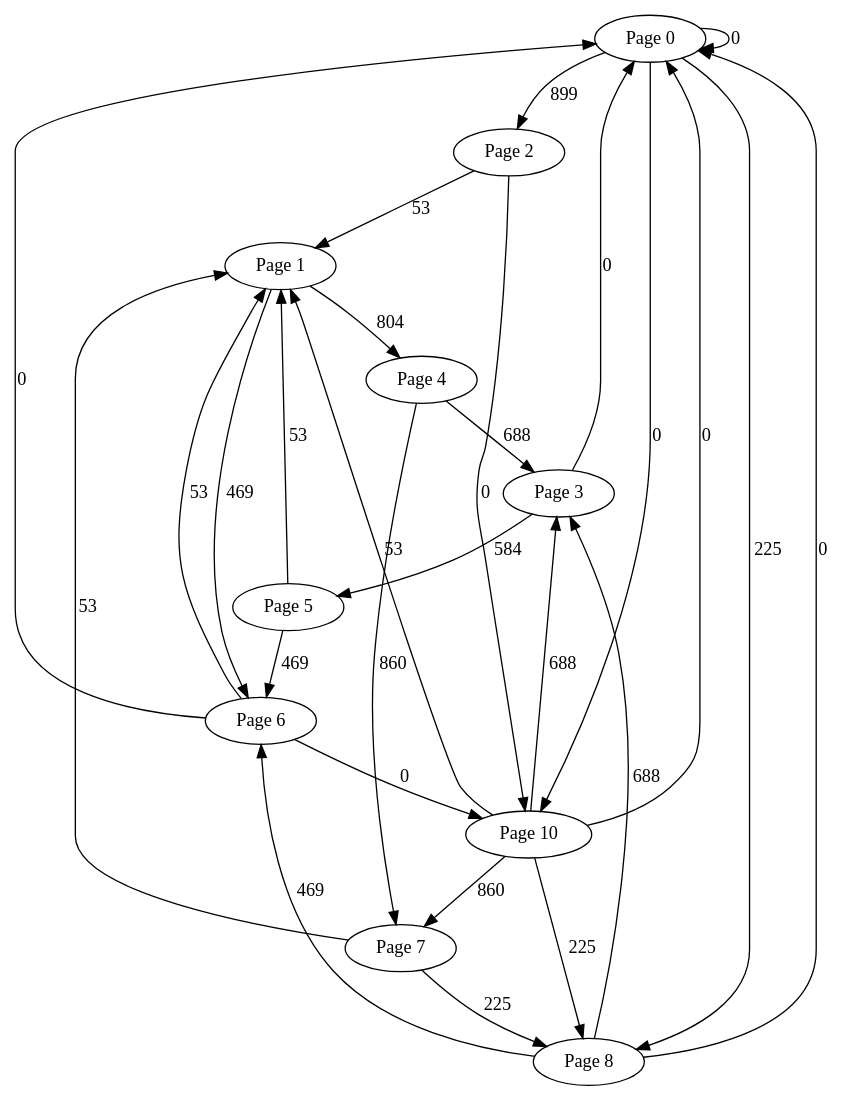
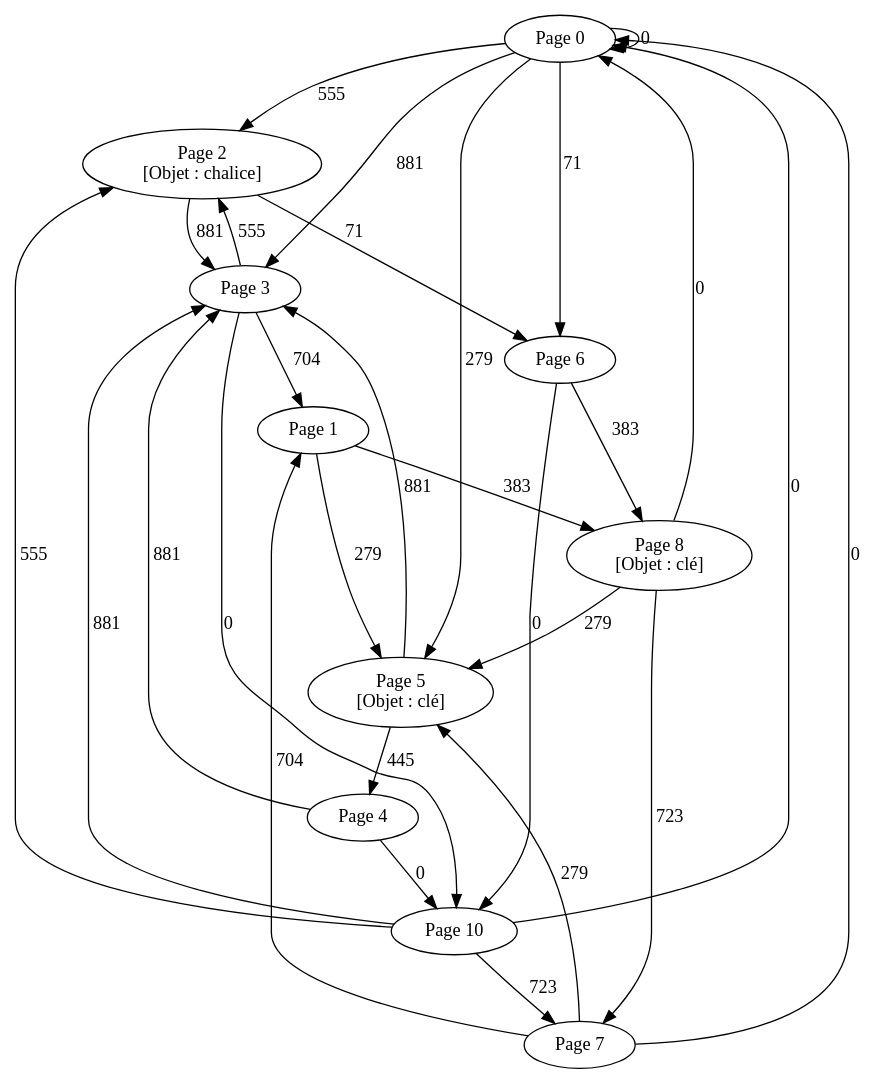
One commit to QuefelecNeven/SAE-GRAPH-2026 changed the diagram in graph.dot. Above: the diagram before and after it, drawn with Graphviz. The commit also changed 15 other files, not shown here.

```diff
--- a/graph.dot
+++ b/graph.dot
@@ -1,39 +1,43 @@
 strict digraph G {
   page_0 [ label="Page 0" ];
   page_1 [ label="Page 1" ];
-  page_2 [ label="Page 2" ];
+  page_2 [ label="Page 2
+[Objet : chalice]" ];
   page_3 [ label="Page 3" ];
   page_4 [ label="Page 4" ];
-  page_5 [ label="Page 5" ];
+  page_5 [ label="Page 5
+[Objet : clé]" ];
   page_6 [ label="Page 6" ];
   page_7 [ label="Page 7" ];
-  page_8 [ label="Page 8" ];
+  page_8 [ label="Page 8
+[Objet : clé]" ];
   page_10 [ label="Page 10" ];
-  page_0 -> page_10 [ label="0" ];
+  page_0 -> page_3 [ label="881" ];
+  page_0 -> page_6 [ label="71" ];
+  page_0 -> page_5 [ label="279" ];
   page_0 -> page_0 [ label="0" ];
-  page_0 -> page_8 [ label="225" ];
-  page_0 -> page_2 [ label="899" ];
-  page_1 -> page_4 [ label="804" ];
-  page_1 -> page_6 [ label="469" ];
-  page_2 -> page_1 [ label="53" ];
-  page_2 -> page_10 [ label="0" ];
-  page_3 -> page_5 [ label="584" ];
-  page_3 -> page_0 [ label="0" ];
-  page_4 -> page_7 [ label="860" ];
-  page_4 -> page_3 [ label="688" ];
-  page_5 -> page_6 [ label="469" ];
-  page_5 -> page_1 [ label="53" ];
-  page_6 -> page_1 [ label="53" ];
-  page_6 -> page_0 [ label="0" ];
+  page_0 -> page_2 [ label="555" ];
+  page_1 -> page_8 [ label="383" ];
+  page_1 -> page_5 [ label="279" ];
+  page_2 -> page_6 [ label="71" ];
+  page_2 -> page_3 [ label="881" ];
+  page_3 -> page_2 [ label="555" ];
+  page_3 -> page_10 [ label="0" ];
+  page_3 -> page_1 [ label="704" ];
+  page_4 -> page_3 [ label="881" ];
+  page_4 -> page_10 [ label="0" ];
+  page_5 -> page_4 [ label="445" ];
+  page_5 -> page_3 [ label="881" ];
   page_6 -> page_10 [ label="0" ];
-  page_7 -> page_1 [ label="53" ];
-  page_7 -> page_8 [ label="225" ];
-  page_8 -> page_6 [ label="469" ];
+  page_6 -> page_8 [ label="383" ];
+  page_7 -> page_5 [ label="279" ];
+  page_7 -> page_1 [ label="704" ];
+  page_7 -> page_0 [ label="0" ];
   page_8 -> page_0 [ label="0" ];
-  page_8 -> page_3 [ label="688" ];
-  page_10 -> page_7 [ label="860" ];
-  page_10 -> page_3 [ label="688" ];
+  page_8 -> page_5 [ label="279" ];
+  page_8 -> page_7 [ label="723" ];
+  page_10 -> page_3 [ label="881" ];
   page_10 -> page_0 [ label="0" ];
-  page_10 -> page_8 [ label="225" ];
-  page_10 -> page_1 [ label="53" ];
+  page_10 -> page_2 [ label="555" ];
+  page_10 -> page_7 [ label="723" ];
 }
```
